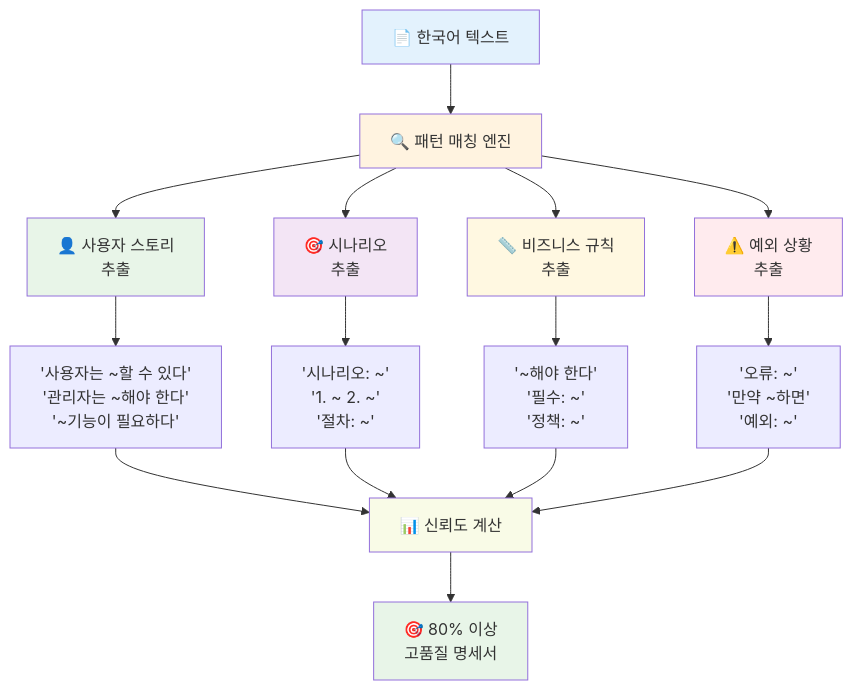
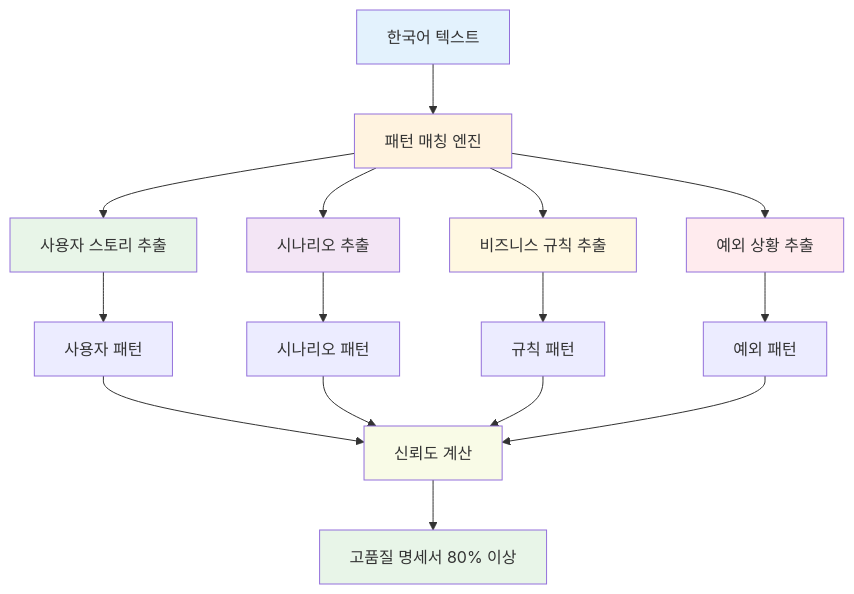
One commit to DONGWOO79/qa-test-manager changed the fifth of 9 diagrams in README.md. Above: the diagram before and after it, drawn with Mermaid. The commit also changed other lines of this file, not shown here.

First line of the commit message:
fix: Fix Mermaid diagram parsing errors in README

````diff
--- a/README.md
+++ b/README.md
@@ -611,30 +611,30 @@
 ```mermaid
 graph TD
-    A[📄 한국어 텍스트] --> B[🔍 패턴 매칭 엔진]
+    A[한국어 텍스트] --> B[패턴 매칭 엔진]
     
-    B --> C[👤 사용자 스토리<br/>추출]
-    B --> D[🎯 시나리오<br/>추출]
-    B --> E[📏 비즈니스 규칙<br/>추출]
-    B --> F[⚠️ 예외 상황<br/>추출]
+    B --> C[사용자 스토리 추출]
+    B --> D[시나리오 추출]
+    B --> E[비즈니스 규칙 추출]
+    B --> F[예외 상황 추출]
     
-    C --> G["'사용자는 ~할 수 있다'<br/>'관리자는 ~해야 한다'<br/>'~기능이 필요하다'"]
-    D --> H["'시나리오: ~'<br/>'1. ~ 2. ~'<br/>'절차: ~'"]
-    E --> I["'~해야 한다'<br/>'필수: ~'<br/>'정책: ~'"]
-    F --> J["'오류: ~'<br/>'만약 ~하면'<br/>'예외: ~'"]
+    C --> G[사용자 패턴]
+    D --> H[시나리오 패턴]
+    E --> I[규칙 패턴]
+    F --> J[예외 패턴]
     
-    G --> K[📊 신뢰도 계산]
+    G --> K[신뢰도 계산]
     H --> K
     I --> K
     J --> K
     
-    K --> L[🎯 80% 이상<br/>고품질 명세서]
+    K --> L[고품질 명세서 80% 이상]
     
     style A fill:#e3f2fd
     style B fill:#fff3e0
     style C fill:#e8f5e8
     style D fill:#f3e5f5
     style E fill:#fff8e1
     style F fill:#ffebee
     style K fill:#f9fbe7
     style L fill:#e8f5e8
 ```
````
